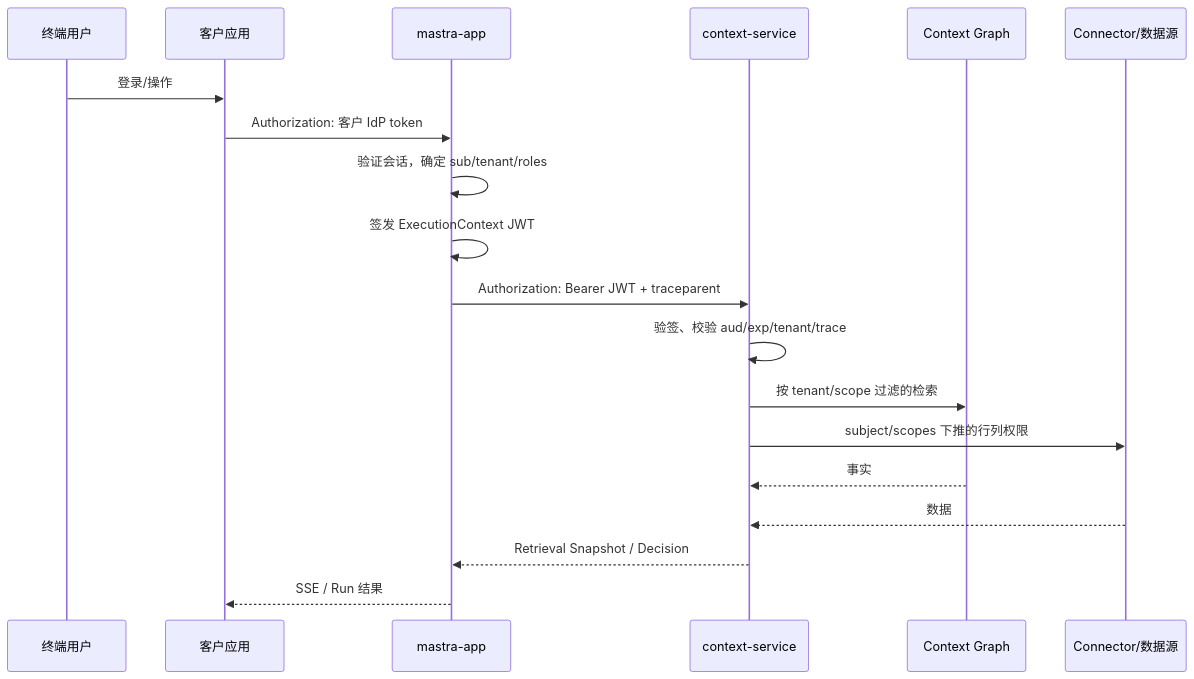
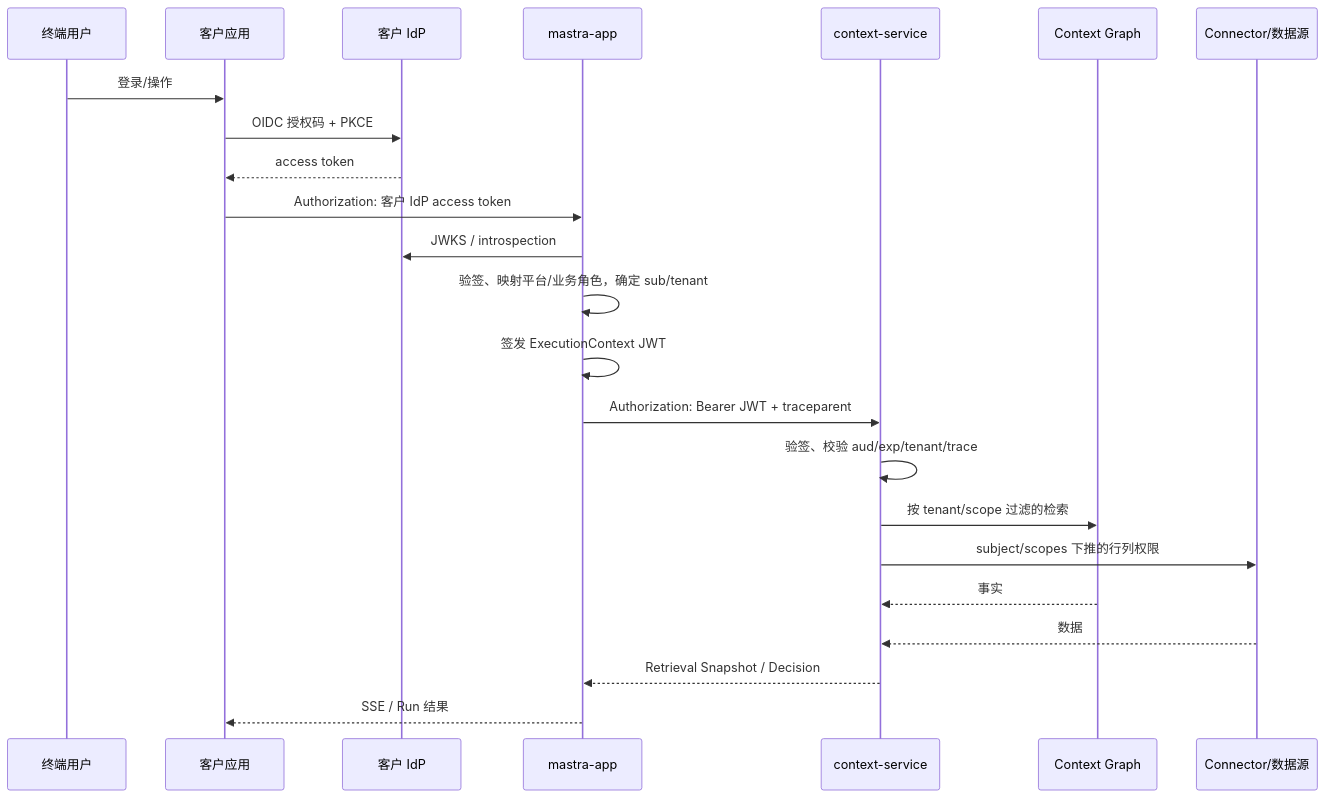
One commit to 0xnicholas/Fdesforce changed the second of 8 diagrams in docs/runtime-contract.md. Above: the diagram before and after it, drawn with Mermaid. The commit also changed other lines of this file and 29 other files, not shown here.

````diff
--- a/docs/runtime-contract.md
+++ b/docs/runtime-contract.md
@@ -270,22 +288,26 @@
 ```mermaid
 sequenceDiagram
   participant U as 终端用户
   participant C as 客户应用
+  participant I as 客户 IdP
   participant M as mastra-app
   participant X as context-service
   participant G as Context Graph
   participant S as Connector/数据源
 
   U->>C: 登录/操作
-  C->>M: Authorization: 客户 IdP token
-  M->>M: 验证会话，确定 sub/tenant/roles
+  C->>I: OIDC 授权码 + PKCE
+  I-->>C: access token
+  C->>M: Authorization: 客户 IdP access token
+  M->>I: JWKS / introspection
+  M->>M: 验签、映射平台/业务角色，确定 sub/tenant
   M->>M: 签发 ExecutionContext JWT
   M->>X: Authorization: Bearer JWT + traceparent
   X->>X: 验签、校验 aud/exp/tenant/trace
   X->>G: 按 tenant/scope 过滤的检索
   X->>S: subject/scopes 下推的行列权限
   G-->>X: 事实
   S-->>X: 数据
   X-->>M: Retrieval Snapshot / Decision
   M-->>C: SSE / Run 结果
 ```
````
